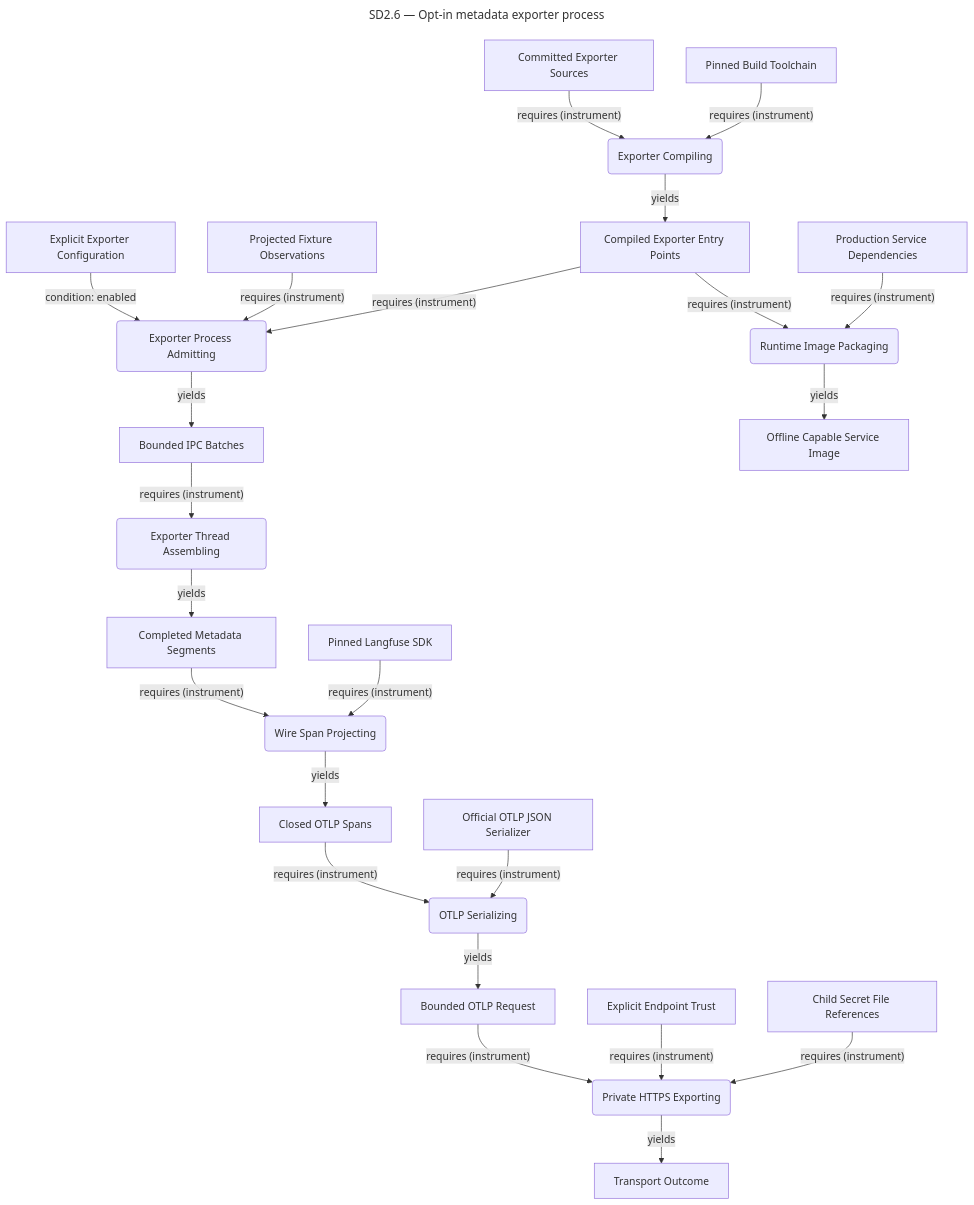
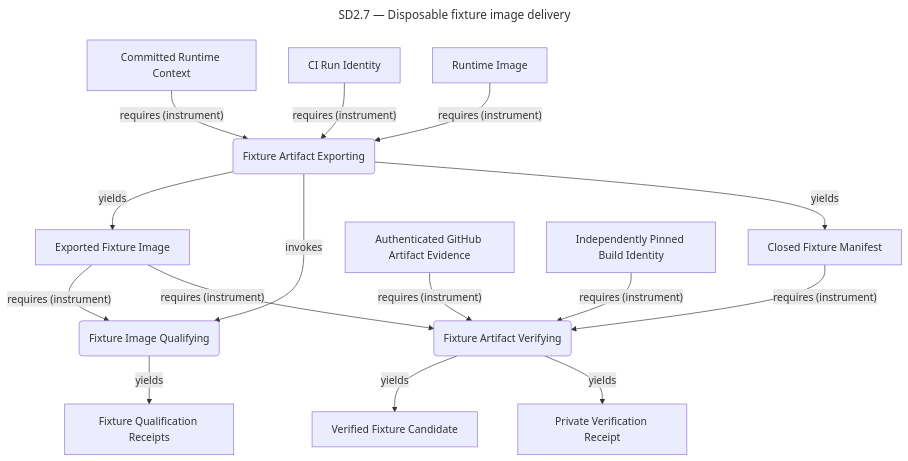
Diagram 14 of 14 in opm/system.md (ojfbot/daily-logger), drawn with Mermaid before and after one commit. The commit also changed other lines of this file and 10 other files, not shown here.

Commit message:
feat(service): retain and authenticate tested fixture image artifacts

````diff
--- a/opm/system.md
+++ b/opm/system.md
@@ -1699,53 +1696,35 @@
 ```mermaid
 ---
-title: "SD2.6 — Opt-in metadata exporter process"
+title: "SD2.7 — Disposable fixture image delivery"
 ---
 flowchart TD
-  accTitle: SD2.6 — Opt-in metadata exporter process
+  accTitle: SD2.7 — Disposable fixture image delivery
   accDescr: Lossy system model projection. Complete source facts follow this diagram.
-  n322["Explicit Exporter Configuration"]
-  n310("Exporter Process Admitting")
-  n303["Projected Fixture Observations"]
-  n323["Compiled Exporter Entry Points"]
-  n324["Bounded IPC Batches"]
-  n325("Exporter Thread Assembling")
-  n326["Completed Metadata Segments"]
-  n327("Wire Span Projecting")
-  n328["Pinned Langfuse SDK"]
-  n329["Closed OTLP Spans"]
-  n330("OTLP Serializing")
-  n331["Official OTLP JSON Serializer"]
-  n332["Bounded OTLP Request"]
-  n333("Private HTTPS Exporting")
-  n334["Explicit Endpoint Trust"]
-  n335["Child Secret File References"]
-  n336["Transport Outcome"]
-  n337("Exporter Compiling")
-  n338["Committed Exporter Sources"]
-  n339["Pinned Build Toolchain"]
-  n340("Runtime Image Packaging")
-  n341["Production Service Dependencies"]
-  n342["Offline Capable Service Image"]
-  n322 -->|"condition: enabled"| n310
-  n303 -->|"requires (instrument)"| n310
-  n323 -->|"requires (instrument)"| n310
-  n310 -->|"yields"| n324
-  n324 -->|"requires (instrument)"| n325
-  n325 -->|"yields"| n326
-  n326 -->|"requires (instrument)"| n327
-  n328 -->|"requires (instrument)"| n327
-  n327 -->|"yields"| n329
-  n329 -->|"requires (instrument)"| n330
-  n331 -->|"requires (instrument)"| n330
-  n330 -->|"yields"| n332
-  n332 -->|"requires (instrument)"| n333
-  n334 -->|"requires (instrument)"| n333
-  n335 -->|"requires (instrument)"| n333
-  n333 -->|"yields"| n336
-  n338 -->|"requires (instrument)"| n337
-  n339 -->|"requires (instrument)"| n337
-  n337 -->|"yields"| n323
-  n323 -->|"requires (instrument)"| n340
-  n341 -->|"requires (instrument)"| n340
-  n340 -->|"yields"| n342
+  n321("Fixture Artifact Exporting")
+  n322["Committed Runtime Context"]
+  n323["CI Run Identity"]
+  n324["Runtime Image"]
+  n325["Exported Fixture Image"]
+  n326("Fixture Image Qualifying")
+  n327["Fixture Qualification Receipts"]
+  n328["Closed Fixture Manifest"]
+  n329("Fixture Artifact Verifying")
+  n330["Authenticated GitHub Artifact Evidence"]
+  n331["Independently Pinned Build Identity"]
+  n332["Verified Fixture Candidate"]
+  n333["Private Verification Receipt"]
+  n322 -->|"requires (instrument)"| n321
+  n323 -->|"requires (instrument)"| n321
+  n324 -->|"requires (instrument)"| n321
+  n321 -->|"yields"| n325
+  n321 -->|"invokes"| n326
+  n325 -->|"requires (instrument)"| n326
+  n326 -->|"yields"| n327
+  n321 -->|"yields"| n328
+  n330 -->|"requires (instrument)"| n329
+  n331 -->|"requires (instrument)"| n329
+  n325 -->|"requires (instrument)"| n329
+  n328 -->|"requires (instrument)"| n329
+  n329 -->|"yields"| n332
+  n329 -->|"yields"| n333
 ```
````
